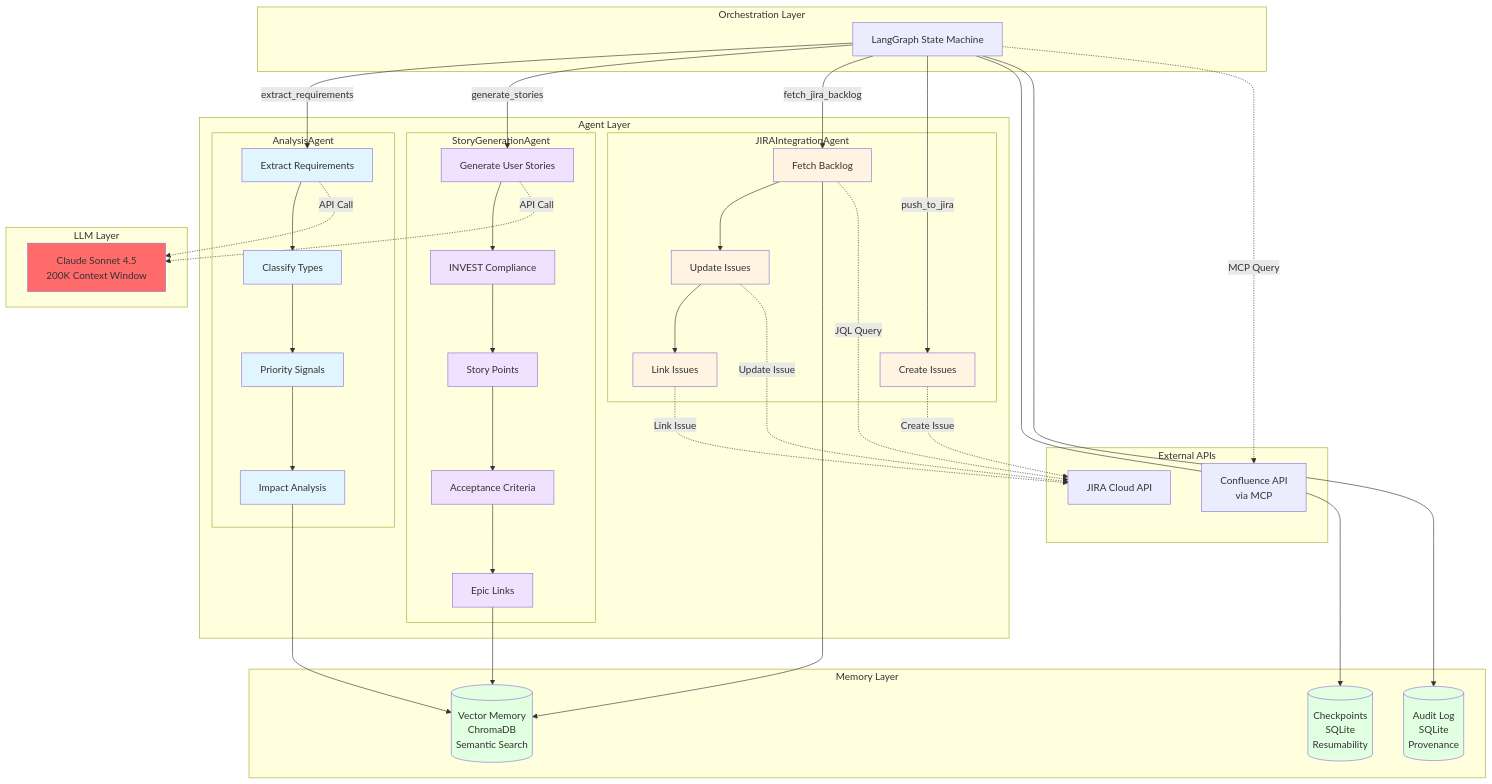
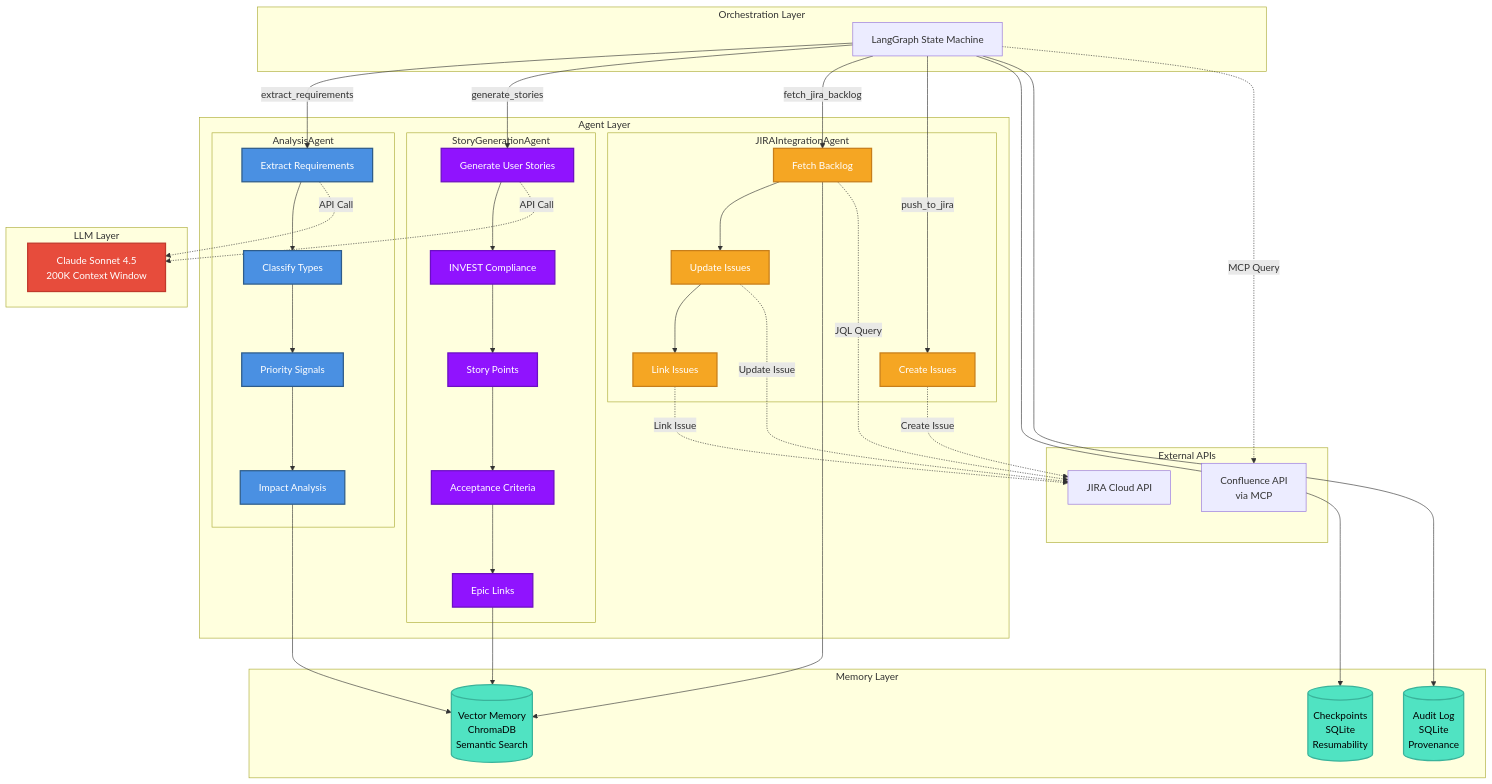
Before and after one commit to bmblack/backlog-synthesizer: the third of 6 diagrams in docs/diagrams.md, drawn with Mermaid. The commit also changed other lines of this file, not shown here.

First line of the commit message:
Update Mermaid diagram colors for better readability

````diff
--- a/docs/diagrams.md
+++ b/docs/diagrams.md
@@ -250,24 +250,24 @@
 
     GRAPH -.->|MCP Query| CONF
 
-    style AA1 fill:#e1f5ff
-    style AA2 fill:#e1f5ff
-    style AA3 fill:#e1f5ff
-    style AA4 fill:#e1f5ff
+    style AA1 fill:#4A90E2,stroke:#2E5C8A,stroke-width:2px,color:#fff
+    style AA2 fill:#4A90E2,stroke:#2E5C8A,stroke-width:2px,color:#fff
+    style AA3 fill:#4A90E2,stroke:#2E5C8A,stroke-width:2px,color:#fff
+    style AA4 fill:#4A90E2,stroke:#2E5C8A,stroke-width:2px,color:#fff
 
-    style SG1 fill:#f0e1ff
-    style SG2 fill:#f0e1ff
-    style SG3 fill:#f0e1ff
-    style SG4 fill:#f0e1ff
-    style SG5 fill:#f0e1ff
+    style SG1 fill:#9013FE,stroke:#6B0FC2,stroke-width:2px,color:#fff
+    style SG2 fill:#9013FE,stroke:#6B0FC2,stroke-width:2px,color:#fff
+    style SG3 fill:#9013FE,stroke:#6B0FC2,stroke-width:2px,color:#fff
+    style SG4 fill:#9013FE,stroke:#6B0FC2,stroke-width:2px,color:#fff
+    style SG5 fill:#9013FE,stroke:#6B0FC2,stroke-width:2px,color:#fff
 
-    style JI1 fill:#fff4e1
-    style JI2 fill:#fff4e1
-    style JI3 fill:#fff4e1
-    style JI4 fill:#fff4e1
+    style JI1 fill:#F5A623,stroke:#C77E1A,stroke-width:2px,color:#fff
+    style JI2 fill:#F5A623,stroke:#C77E1A,stroke-width:2px,color:#fff
+    style JI3 fill:#F5A623,stroke:#C77E1A,stroke-width:2px,color:#fff
+    style JI4 fill:#F5A623,stroke:#C77E1A,stroke-width:2px,color:#fff
 
-    style CLAUDE fill:#ff6b6b
-    style VM fill:#e1ffe1
-    style CP fill:#e1ffe1
-    style AL fill:#e1ffe1
+    style CLAUDE fill:#E74C3C,stroke:#C0392B,stroke-width:2px,color:#fff
+    style VM fill:#50E3C2,stroke:#3AB39B,stroke-width:2px,color:#000
+    style CP fill:#50E3C2,stroke:#3AB39B,stroke-width:2px,color:#000
+    style AL fill:#50E3C2,stroke:#3AB39B,stroke-width:2px,color:#000
 ```
````
